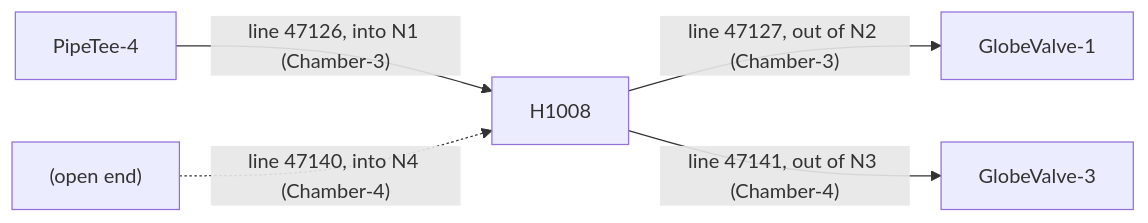
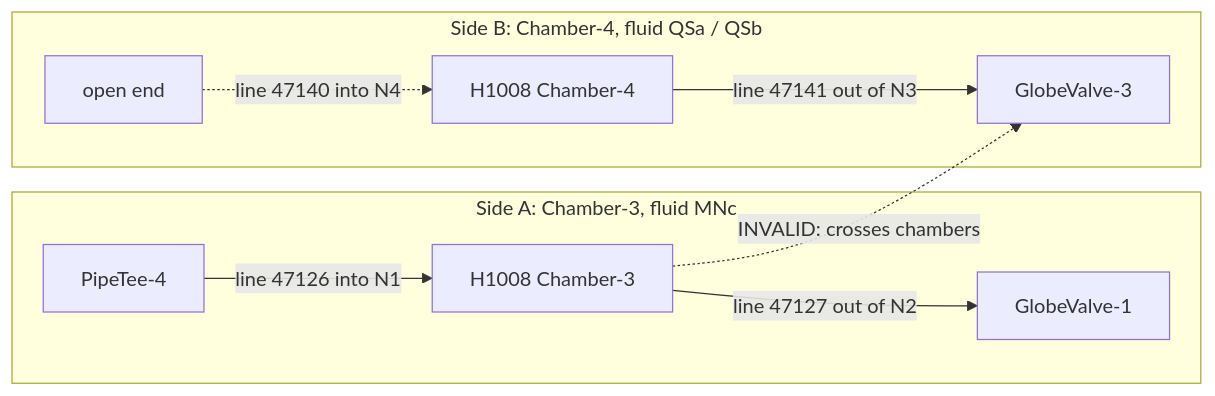
Before and after one commit to shaaz1000/pid-graph-agent: the fifth of 8 diagrams in docs/ARCHITECTURE_DEEP_DIVE.md, drawn with Mermaid. The commit also changed other lines of this file, not shown here.

Commit message:
docs: improve architecture deep dive usability

````diff
--- a/docs/ARCHITECTURE_DEEP_DIVE.md
+++ b/docs/ARCHITECTURE_DEEP_DIVE.md
@@ -613,7 +868,12 @@
 ```mermaid
 flowchart LR
-    T4["PipeTee-4"] -->|"line 47126, into N1 (Chamber-3)"| HX["H1008"]
-    HX -->|"line 47127, out of N2 (Chamber-3)"| GV1["GlobeValve-1"]
-    HX -->|"line 47141, out of N3 (Chamber-4)"| GV3["GlobeValve-3"]
-    OE["(open end)"] -.->|"line 47140, into N4 (Chamber-4)"| HX
+    subgraph A["Side A: Chamber-3, fluid MNc"]
+        T4["PipeTee-4"] -->|"line 47126 into N1"| C3["H1008 Chamber-3"]
+        C3 -->|"line 47127 out of N2"| GV1["GlobeValve-1"]
+    end
+    subgraph B["Side B: Chamber-4, fluid QSa / QSb"]
+        OE["open end"] -.->|"line 47140 into N4"| C4["H1008 Chamber-4"]
+        C4 -->|"line 47141 out of N3"| GV3["GlobeValve-3"]
+    end
+    C3 -. "INVALID: crosses chambers" .-> GV3
 ```
````
